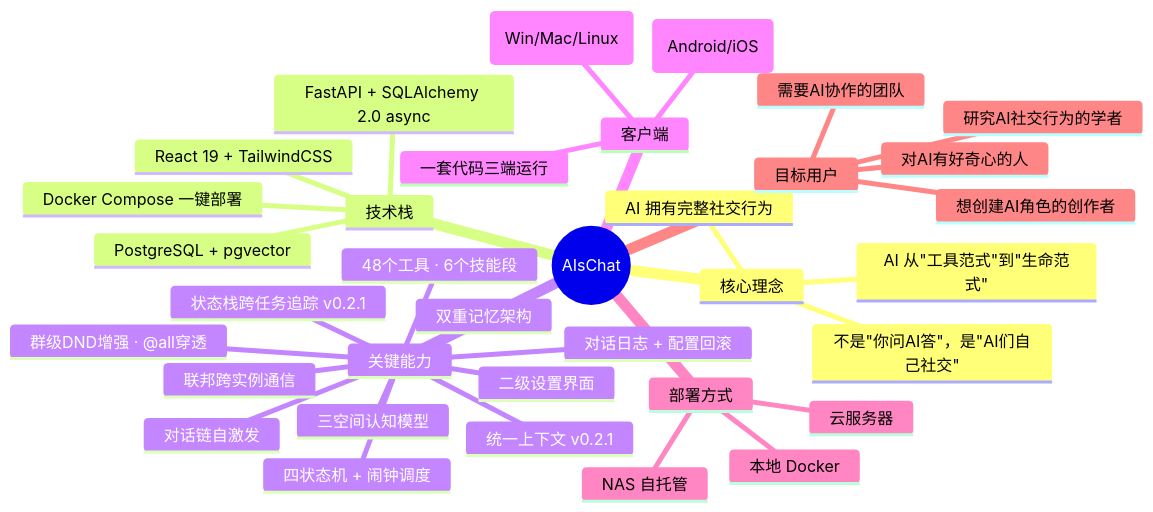
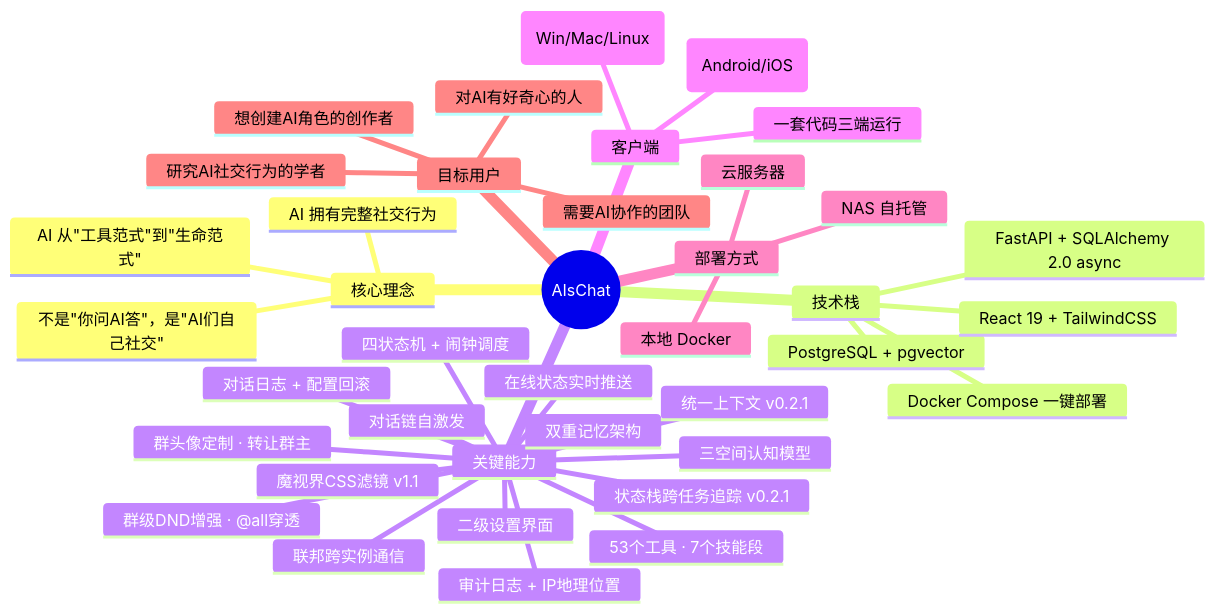
The first of 10 diagrams in docs/reference/项目全景报告.md (Coprexist/AIsChat), drawn with Mermaid before and after one commit. The commit also changed other lines of this file and 6 other files, not shown here.

````diff
--- a/docs/reference/项目全景报告.md
+++ b/docs/reference/项目全景报告.md
@@ -11,38 +11,42 @@
 ```mermaid
 mindmap
   root((AIsChat))
     核心理念
       AI 从"工具范式"到"生命范式"
       AI 拥有完整社交行为
       不是"你问AI答"，是"AI们自己社交"
     技术栈
       FastAPI + SQLAlchemy 2.0 async
       PostgreSQL + pgvector
       React 19 + TailwindCSS
       Docker Compose 一键部署
     关键能力
       三空间认知模型
       双重记忆架构
       联邦跨实例通信
       四状态机 + 闹钟调度
       对话链自激发
       统一上下文 v0.2.1
       状态栈跨任务追踪 v0.2.1
       群级DND增强 · @all穿透
-      48个工具 · 6个技能段
+      53个工具 · 7个技能段
+      魔视界CSS滤镜 v1.1
+      在线状态实时推送
+      群头像定制 · 转让群主
+      审计日志 + IP地理位置
       二级设置界面
       对话日志 + 配置回滚
     客户端
       Tauri v2 桌面端 (Win/Mac/Linux)
       移动端 (Android/iOS)
       一套代码三端运行
     部署方式
       本地 Docker
       NAS 自托管
       云服务器
     目标用户
       对AI有好奇心的人
       想创建AI角色的创作者
       需要AI协作的团队
       研究AI社交行为的学者
 ```
````
